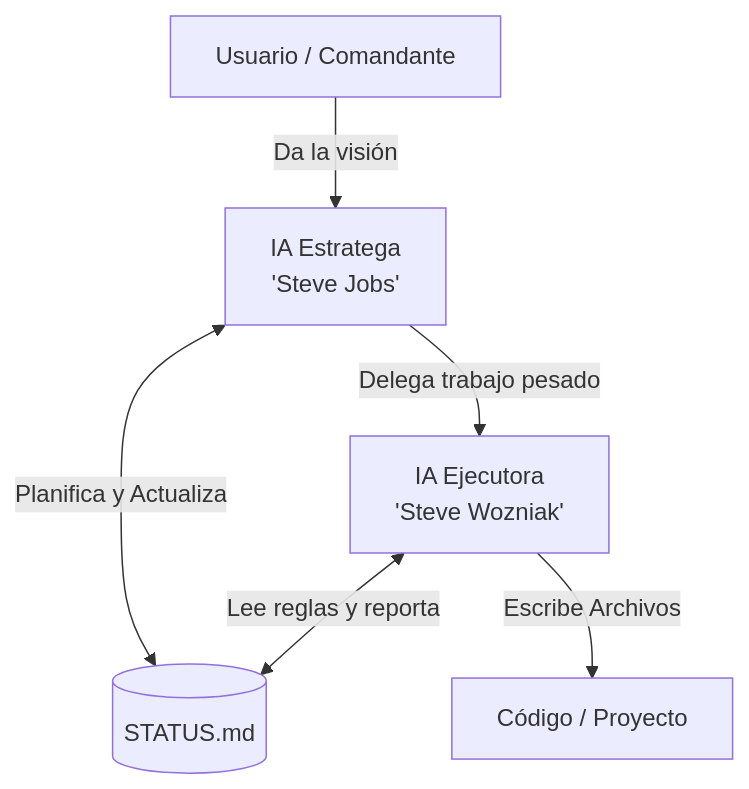
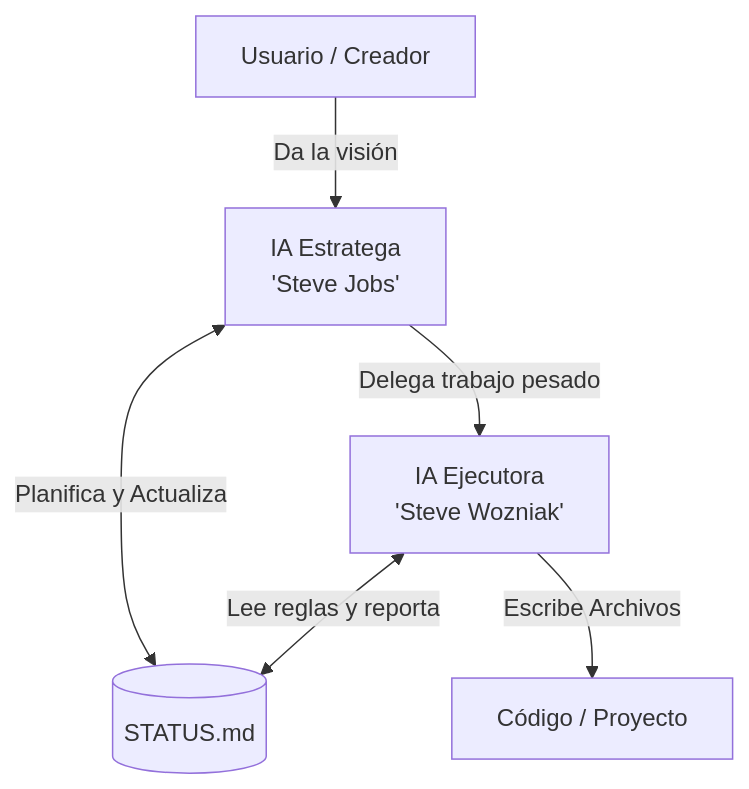
Before and after one commit to c-ghost-project/c-ghost-brain: the second of 13 diagrams in docs/manuals/MANUAL_V1_GENESIS.md, drawn with Mermaid. The commit also changed other lines of this file and 10 other files, not shown here.

Commit message:
docs(terminology): standardize "El Creador" across manuals, Mermaid diagrams & re-render flujo_cghost_v21 PNG/PDF

````diff
--- a/docs/manuals/MANUAL_V1_GENESIS.md
+++ b/docs/manuals/MANUAL_V1_GENESIS.md
@@ -32,8 +32,8 @@
 ```mermaid
 graph TD
-  U[Usuario / Comandante] -->|Da la visión| E[IA Estratega\n'Steve Jobs']
+  U[Usuario / Creador] -->|Da la visión| E[IA Estratega\n'Steve Jobs']
   E <-->|Planifica y Actualiza| S[(STATUS.md)]
   E -->|Delega trabajo pesado| W[IA Ejecutora\n'Steve Wozniak']
   W <-->|Lee reglas y reporta| S
   W -->|Escribe Archivos| C[Código / Proyecto]
 ```
````
